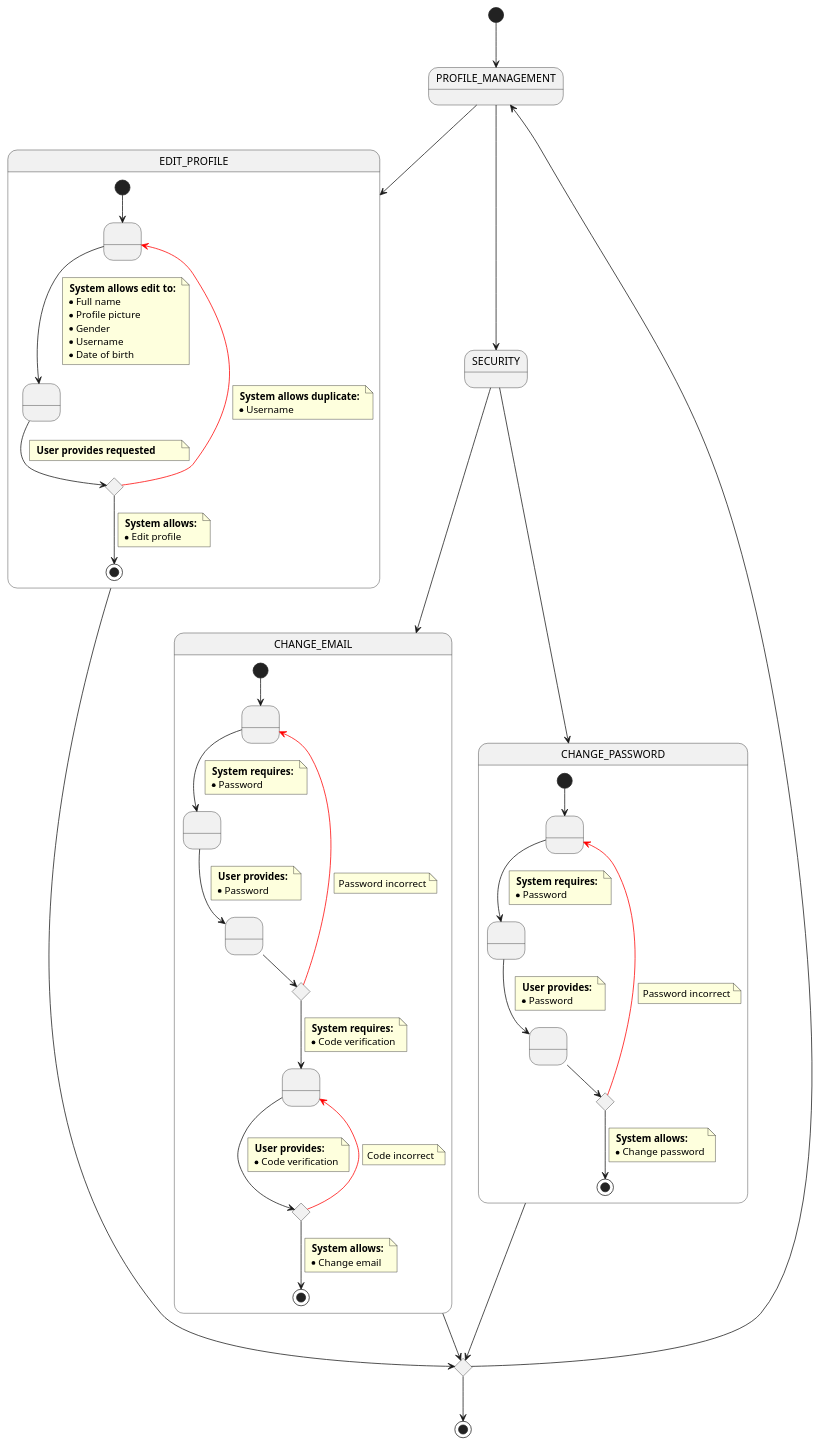
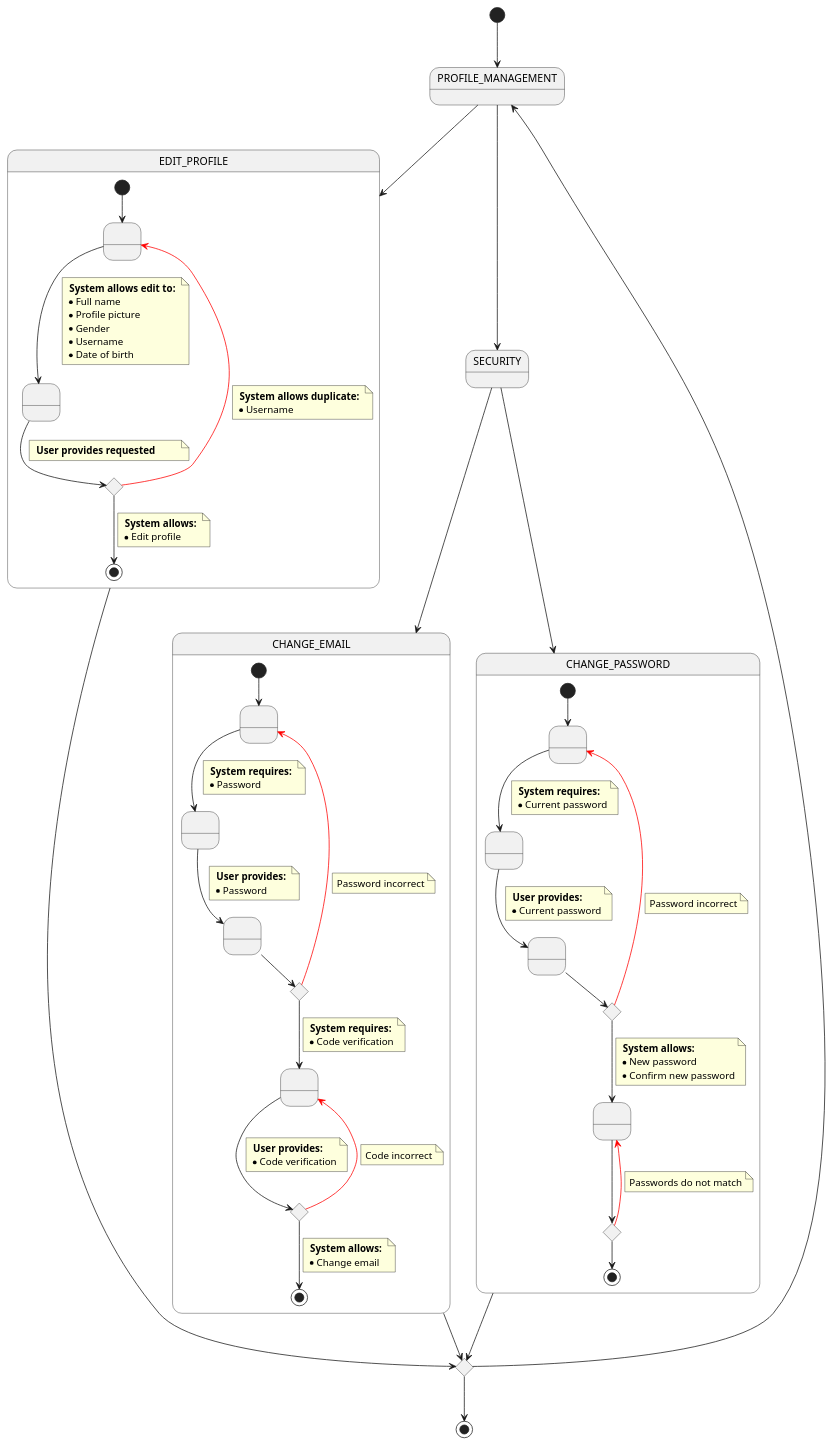
The diagram in docs/1-requeriments/2-use-cases-specifications/user/profile-management.puml (vfred0/requeriments-flixxic), drawn with PlantUML before and after one commit. The commit also changed 1 other file, not shown here.

Commit message:
Updated change password diagram

```diff
--- a/docs/1-requeriments/2-use-cases-specifications/user/profile-management.puml
+++ b/docs/1-requeriments/2-use-cases-specifications/user/profile-management.puml
@@ -1,138 +1,148 @@
 @startuml profile-management 
 
 [*] --> PROFILE_MANAGEMENT
 
 state EDIT_PROFILE {
     state EPS1 as " "
     state EPS2 as " "
     state EPC1 <<choice>>
 
     [*] --> EPS1
 
     EPS1 --> EPS2
     note on link
         <b> System allows edit to: </b>
         * Full name        
         * Profile picture
         * Gender
         * Username
         * Date of birth
     end note
     
     EPS2 --> EPC1
     note on link 
         <b> User provides requested </b>        
     end note
 
     EPC1 -[#red]--> EPS1
     note on link
         <b> System allows duplicate: </b>
         * Username                
     end note
 
     EPC1 --> [*]
     note on link
         <b> System allows: </b>
         * Edit profile
     end note
 }
 
 state CHANGE_EMAIL {
     state SS2 as " "
     state SS3 as " "
     state SS4 as " "
     state SS5 as " "
     
     state SSC2 <<choice>>
     state SSC3 <<choice>>
 
     [*] --> SS2
         
     SS2 --> SS3
     note on link
         <b> System requires: </b>
         * Password            
     end note
     
     SS3 --> SS4
     note on link
         <b> User provides: </b>
         * Password            
     end note
 
     SS4 --> SSC2
     SSC2 -[#red]--> SS2
     note on link
         Password incorrect
     end note
 
     SSC2 --> SS5
     note on link
         <b> System requires: </b>
         * Code verification
     end note
 
     SS5 --> SSC3
     note on link
         <b> User provides: </b>
         * Code verification
     end note
     SSC3 -[#red]--> SS5
     note on link
         Code incorrect
     end note
 
     SSC3 --> [*]
     note on link
         <b> System allows: </b>
         * Change email
     end note
 }
 
 
 state CHANGE_PASSWORD {
     state CPS1 as " "
     state CPS2 as " "
     state CPS3 as " "
+    state CPS4 as " "    
     state CPSC1 <<choice>>
-
+    state CPSC2 <<choice>>
 
     [*] --> CPS1
     CPS1 --> CPS2
     note on link
         <b> System requires: </b>
-        * Password            
+        * Current password            
     end note
 
     CPS2 --> CPS3
     note on link
         <b> User provides: </b>
-        * Password            
+        * Current password            
     end note
 
     CPS3 --> CPSC1
     CPSC1 -[#red]--> CPS1
     note on link
         Password incorrect
     end note
 
-    CPSC1 --> [*]
+    CPSC1 --> CPS4
     note on link
         <b> System allows: </b>
-        * Change password
+        * New password
+        * Confirm new password
     end note
+
+    CPS4 --> CPSC2 
+    CPSC2 -[#red]--> CPS4
+    note on link
+        Passwords do not match
+    end note
+
+    CPSC2 --> [*]    
 }
 
 PROFILE_MANAGEMENT --> EDIT_PROFILE
 PROFILE_MANAGEMENT --> SECURITY 
 SECURITY --> CHANGE_EMAIL
 SECURITY --> CHANGE_PASSWORD
 
 state union <<choice>>
 
 EDIT_PROFILE --> union
 CHANGE_EMAIL --> union
 CHANGE_PASSWORD --> union
 union --> [*]
 union --> PROFILE_MANAGEMENT
 @enduml
```
